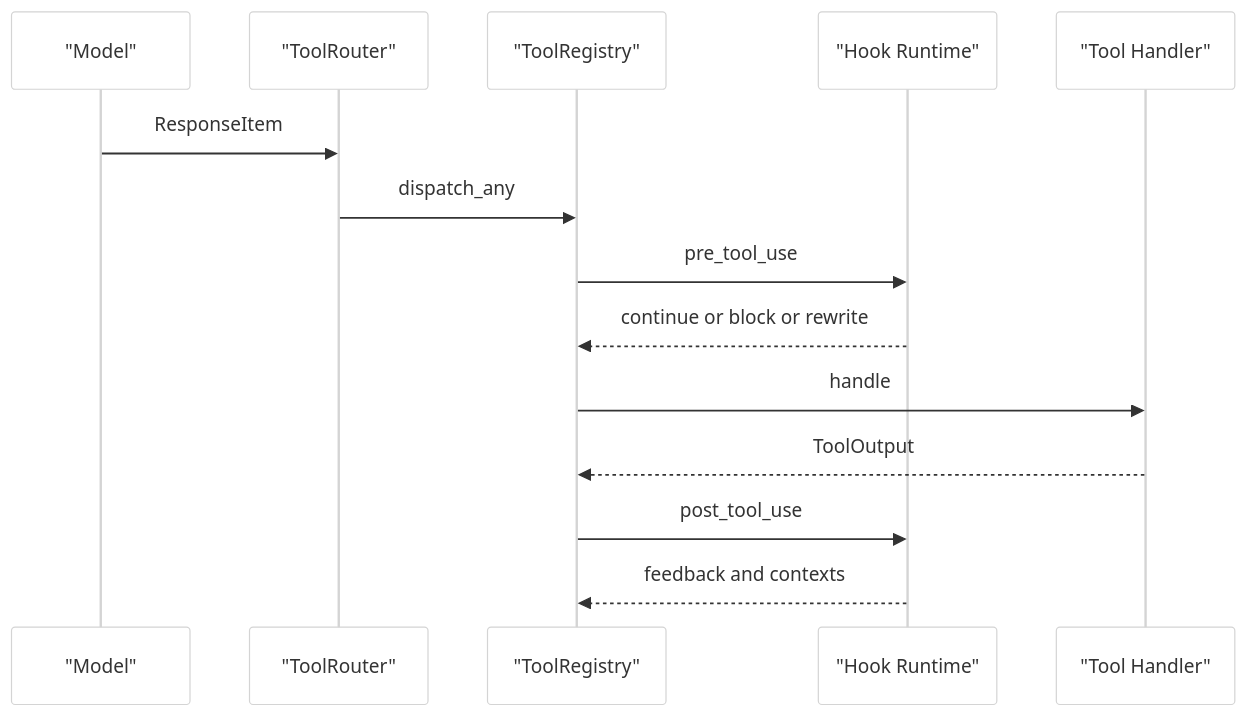
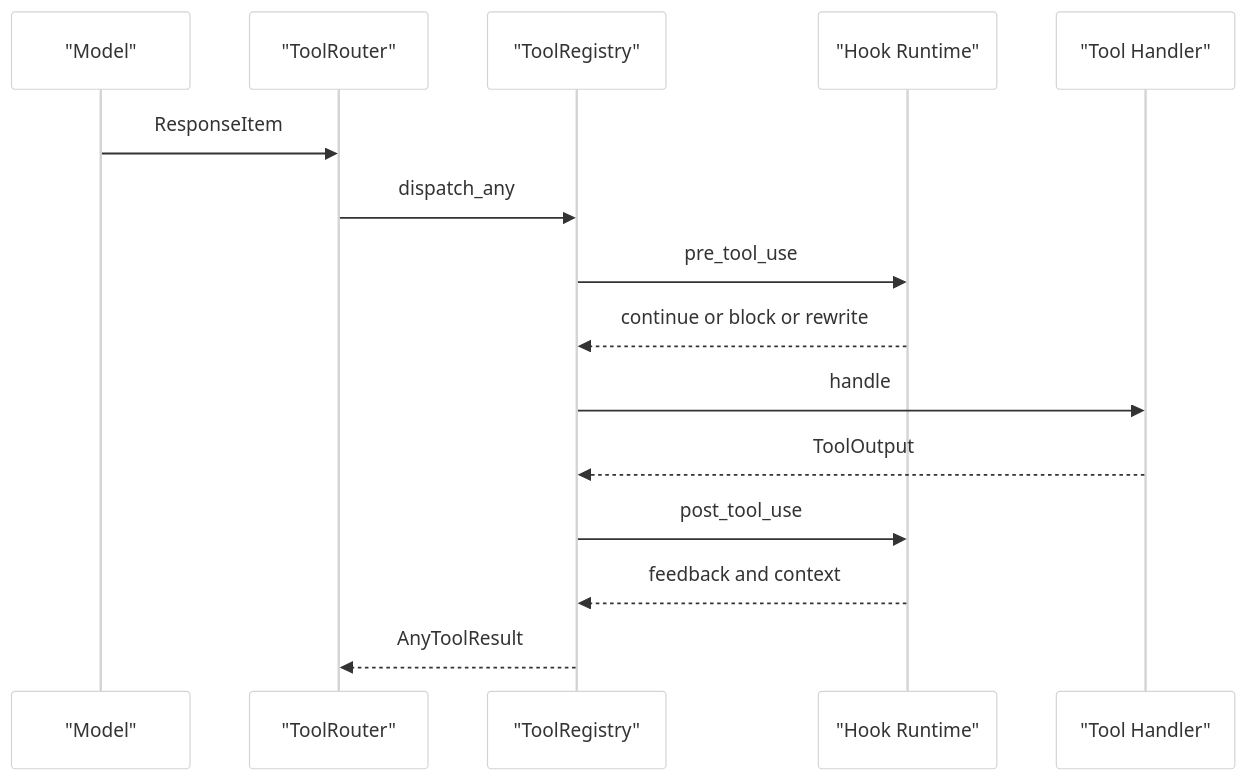
Before and after one commit to GLBB/codex-source-analysis: the third of 5 diagrams in Part II Source Analysis/09-工具系统总览.md, drawn with Mermaid. The commit also changed other lines of this file and 12 other files, not shown here.

````diff
--- a/Part II Source Analysis/09-工具系统总览.md
+++ b/Part II Source Analysis/09-工具系统总览.md
@@ -208,18 +311,19 @@
 ```mermaid
 %%{init: {"theme":"neutral","themeCSS":"svg { background: #ffffff !important; } .label, .messageText, .noteText, text { fill: #000000 !important; color: #000000 !important; }","themeVariables":{"background":"#ffffff","mainBkg":"#ffffff","primaryColor":"#ffffff","secondaryColor":"#ffffff","tertiaryColor":"#ffffff","primaryTextColor":"#000000","textColor":"#000000","lineColor":"#444444","primaryBorderColor":"#333333","edgeLabelBackground":"#ffffff","fontFamily":"Helvetica"}}}%%
 sequenceDiagram
     participant Model as "Model"
     participant Router as "ToolRouter"
     participant Registry as "ToolRegistry"
     participant Hook as "Hook Runtime"
     participant Handler as "Tool Handler"
 
     Model->>Router: ResponseItem
     Router->>Registry: dispatch_any
     Registry->>Hook: pre_tool_use
     Hook-->>Registry: continue or block or rewrite
     Registry->>Handler: handle
     Handler-->>Registry: ToolOutput
     Registry->>Hook: post_tool_use
-    Hook-->>Registry: feedback and contexts
+    Hook-->>Registry: feedback and context
+    Registry-->>Router: AnyToolResult
 ```
````
